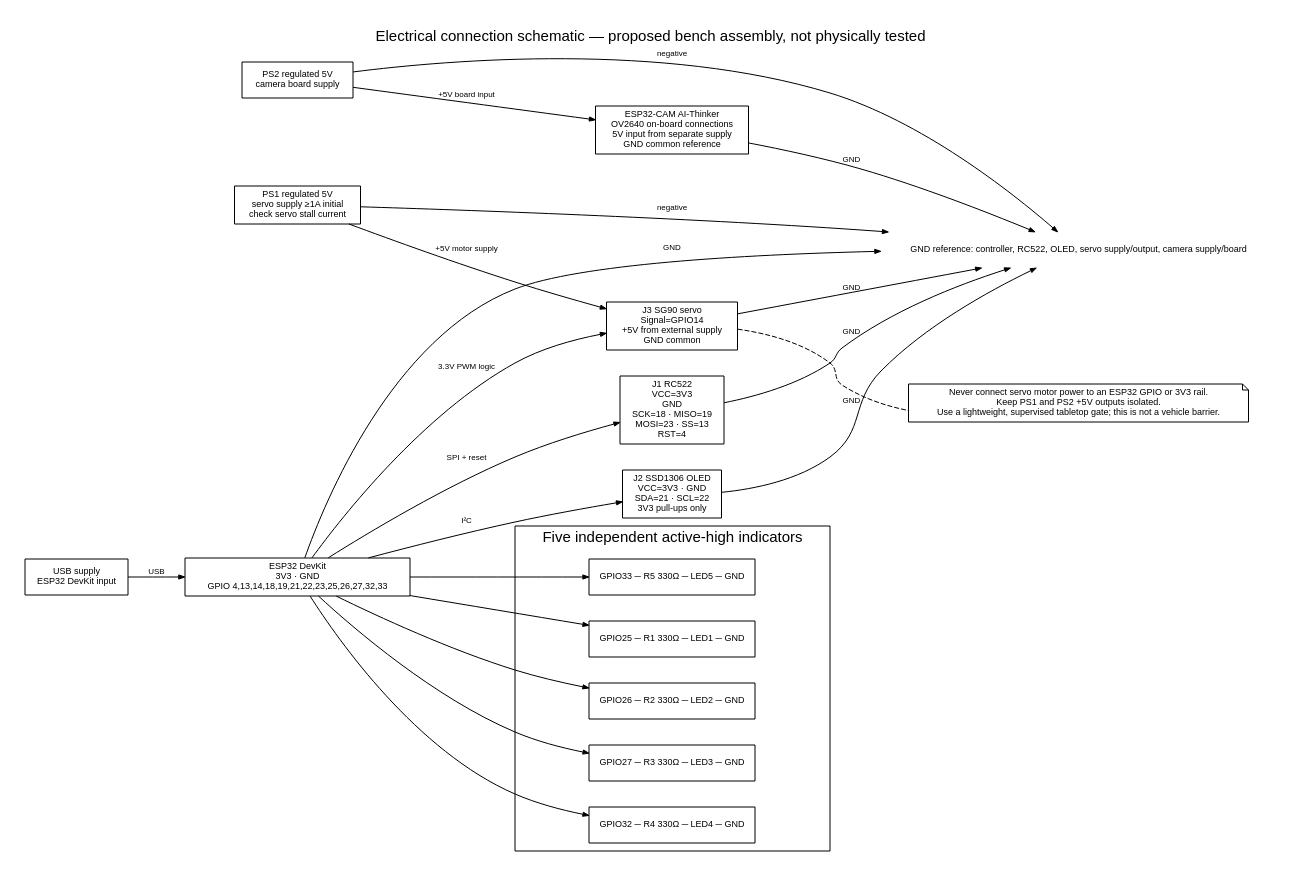
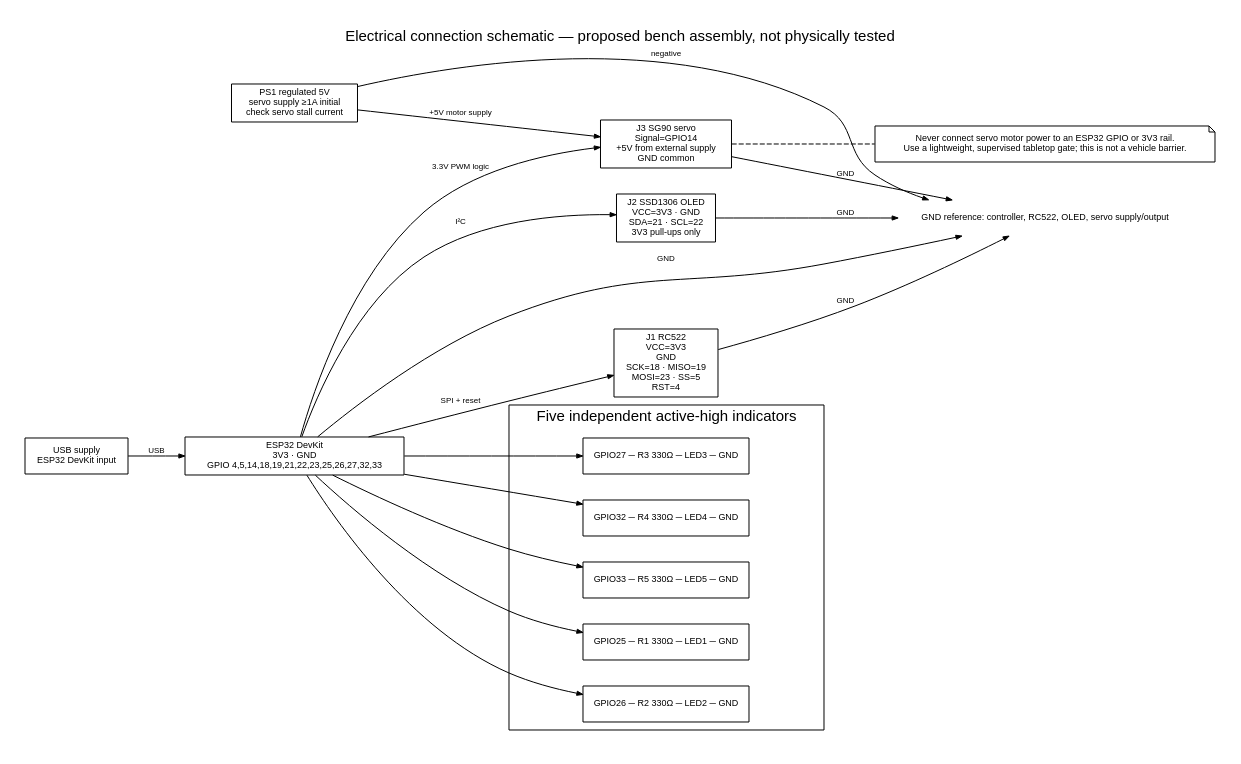
One commit to dumbly-smart/smart-parking changed the diagram in docs/hardware/circuit_diagram.dot. Above: the diagram before and after it, drawn with Graphviz. The commit also changed 301 other files, not shown here.

```diff
--- a/docs/hardware/circuit_diagram.dot
+++ b/docs/hardware/circuit_diagram.dot
@@ -1,37 +1,32 @@
 digraph schematic {
   graph [rankdir=LR, bgcolor=white, pad=0.25, nodesep=0.36, ranksep=0.55, fontname="Helvetica", labelloc=t, label="Electrical connection schematic — proposed bench assembly, not physically tested", fontsize=15];
   node [shape=box, style=solid, color=black, fontcolor=black, fontname="Helvetica", fontsize=9, margin="0.10,0.06", penwidth=1];
   edge [color=black, fontcolor=black, fontname="Helvetica", fontsize=8, arrowsize=0.6, penwidth=1];
-  esp [label="ESP32 DevKit\n3V3 · GND\nGPIO 4,13,14,18,19,21,22,23,25,26,27,32,33"];
-  rfid [label="J1 RC522\nVCC=3V3\nGND\nSCK=18 · MISO=19\nMOSI=23 · SS=13\nRST=4"];
+  esp [label="ESP32 DevKit\n3V3 · GND\nGPIO 4,5,14,18,19,21,22,23,25,26,27,32,33"];
+  rfid [label="J1 RC522\nVCC=3V3\nGND\nSCK=18 · MISO=19\nMOSI=23 · SS=5\nRST=4"];
   oled [label="J2 SSD1306 OLED\nVCC=3V3 · GND\nSDA=21 · SCL=22\n3V3 pull-ups only"];
   servo [label="J3 SG90 servo\nSignal=GPIO14\n+5V from external supply\nGND common"];
   servo5 [label="PS1 regulated 5V\nservo supply ≥1A initial\ncheck servo stall current"];
-  cam [label="ESP32-CAM AI-Thinker\nOV2640 on-board connections\n5V input from separate supply\nGND common reference"];
-  cam5 [label="PS2 regulated 5V\ncamera board supply"];
   usb [label="USB supply\nESP32 DevKit input"];
-  gnd [shape=plaintext, label="GND reference: controller, RC522, OLED, servo supply/output, camera supply/board"];
+  gnd [shape=plaintext, label="GND reference: controller, RC522, OLED, servo supply/output"];
   subgraph cluster_leds { label="Five independent active-high indicators"; color=black; style=solid;
     l1 [label="GPIO25 ─ R1 330Ω ─ LED1 ─ GND"];
     l2 [label="GPIO26 ─ R2 330Ω ─ LED2 ─ GND"];
     l3 [label="GPIO27 ─ R3 330Ω ─ LED3 ─ GND"];
     l4 [label="GPIO32 ─ R4 330Ω ─ LED4 ─ GND"];
     l5 [label="GPIO33 ─ R5 330Ω ─ LED5 ─ GND"];
   }
   usb -> esp [label="USB"];
   esp -> rfid [label="SPI + reset"];
   esp -> oled [label="I²C"];
   esp -> servo [label="3.3V PWM logic"];
   servo5 -> servo [label="+5V motor supply"];
-  cam5 -> cam [label="+5V board input"];
   esp -> l1; esp -> l2; esp -> l3; esp -> l4; esp -> l5;
   esp -> gnd [label="GND"];
   rfid -> gnd [label="GND"];
   oled -> gnd [label="GND"];
   servo -> gnd [label="GND"];
   servo5 -> gnd [label="negative"];
-  cam -> gnd [label="GND"];
-  cam5 -> gnd [label="negative"];
-  warning [shape=note, label="Never connect servo motor power to an ESP32 GPIO or 3V3 rail.\nKeep PS1 and PS2 +5V outputs isolated.\nUse a lightweight, supervised tabletop gate; this is not a vehicle barrier."];
+  warning [shape=note, label="Never connect servo motor power to an ESP32 GPIO or 3V3 rail.\nUse a lightweight, supervised tabletop gate; this is not a vehicle barrier."];
   servo -> warning [style=dashed, arrowhead=none];
 }
```
